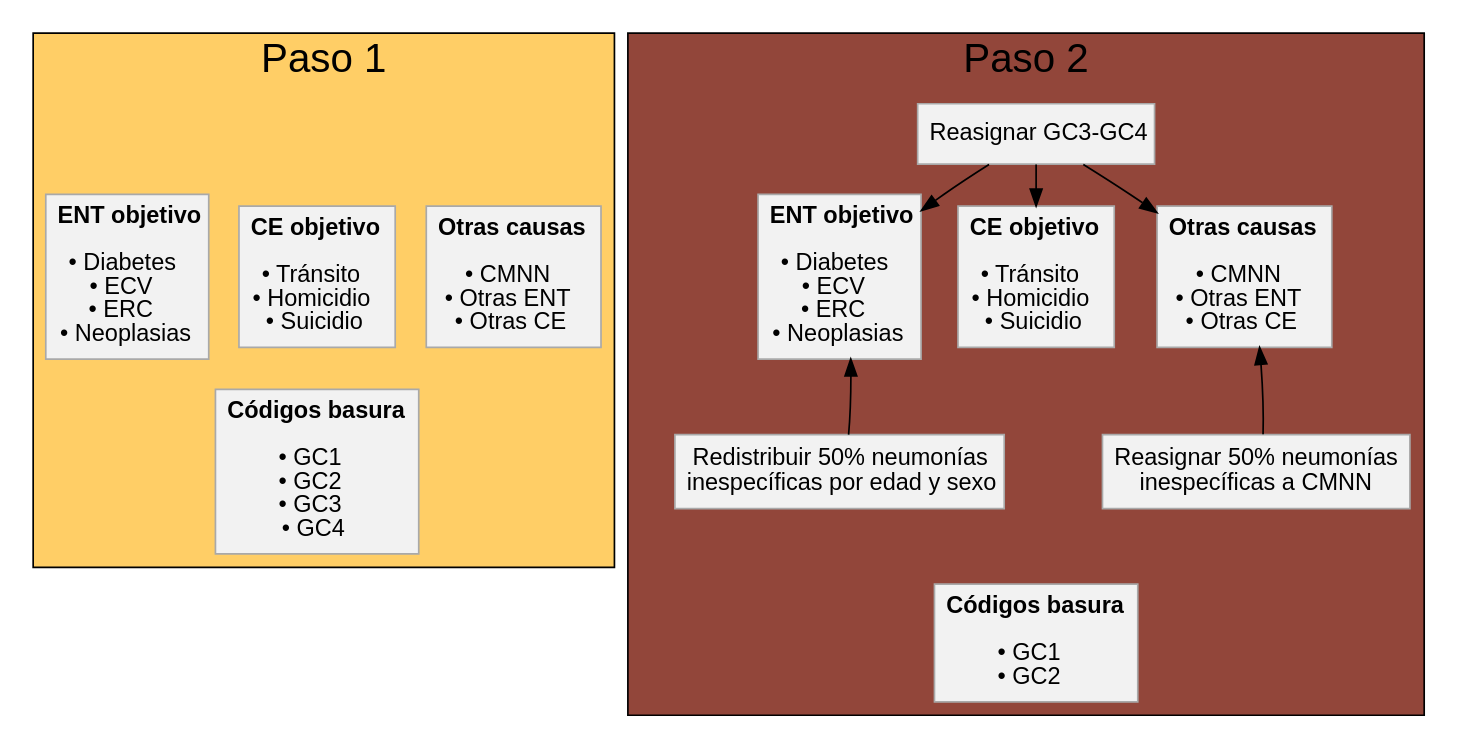
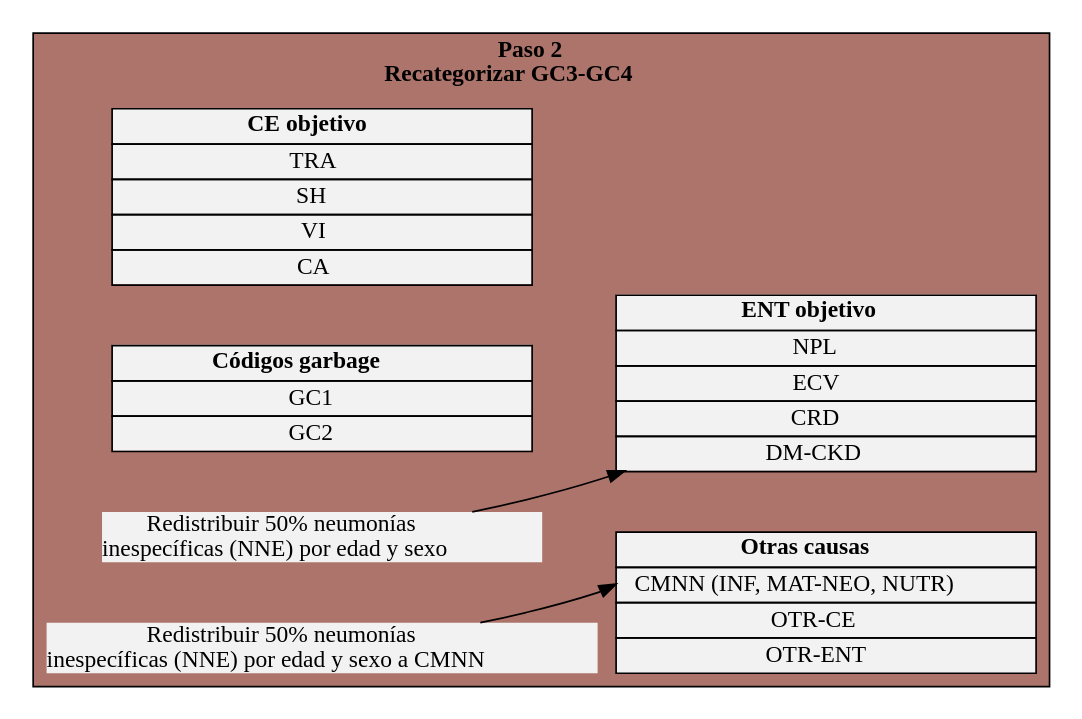
One commit to datos-ine/power_recod_GC changed the second of 4 diagrams in index.qmd. Above: the diagram before and after it, drawn with Graphviz. The commit also changed other lines of this file and 32 other files, not shown here.

````diff
--- a/index.qmd
+++ b/index.qmd
@@ -315,81 +515,107 @@
 ```{dot}
-//| id: Pasos 1 y 2
-digraph{
-    graph [
-    layout = dot,
-    rankdir=TR
-    bgcolor = white,
-    fontsize=24,    
-    fontname="Arial",
-    labelloc="t"
-    ]
+//| id: Paso 2
+digraph G {
+    rankdir=LR
+   graph[
+    fontsize = 14
+    fontname="Times-Roman"
+    style = filled
+    nodesep=.5
+    ranksep=.15
+    compound=true
+   ]
   
-    node [
-    shape = box,
+   node[
+    shape = plain
     style = filled
-    color = darkgrey,
-    fillcolor="grey95",
-    fontname="Arial",
-    margin = 0.1
-    ]
+    fillcolor="grey95"
+    fontsize = 14
+    fontname="Times-Roman"
+    width=3.25
+   ]
+   
+   subgraph cluster_paso2{    
+    fillcolor="#92463ABF"
+    label = <<b>Paso 2<br/>Recategorizar GC3-GC4</b>>
+    
+  
+  ent2[label = <
+    <table border="0" cellborder = "1" cellspacing  ="0">
+    <tr>
+    <td width="250"><b>ENT objetivo</b></td>
+    </tr>
+    <tr>
+    <td> NPL </td>
+    </tr>
+    <tr>
+    <td> ECV </td>
+    </tr>
+    <tr>
+    <td> CRD </td>
+    </tr>
+    <tr>
+    <td> DM-CKD </td>
+    </tr>
+    </table>
+    >]
+  
+    ce2[label = <
+    <table border="0" cellborder = "1" cellspacing  ="0">
+    <tr>
+    <td width="250"><b>CE objetivo</b></td>
+    </tr>
+    <tr>
+    <td> TRA </td>
+    </tr>
+    <tr>
+    <td> SH </td>
+    </tr>
+    <tr>
+    <td> VI </td>
+    </tr>
+    <tr>
+    <td> CA </td>
+    </tr>
+       </table>
+    >]
+  
+    otras2[label = <
+    <table border="0" cellborder = "1" cellspacing  ="0">
+    <tr>
+    <td width="250"><b>Otras causas</b></td>
+    </tr>
+    <tr>
+    <td port = "cmnn"> CMNN (INF, MAT-NEO, NUTR) </td>
+    </tr>
+    <tr>
+    <td> OTR-CE </td>
+    </tr>
+    <tr>
+    <td> OTR-ENT</td>
+    </tr>
+    </table>
+    >]
+  
+  gc2[label = <
+    <table border="0" cellborder = "1" cellspacing  ="0">
+    <tr>
+    <td width="250"><b>Códigos garbage</b></td>
+    </tr>
+    <tr>
+    <td> GC1 </td>
+    </tr>
+    <tr>
+    <td port="gc2"> GC2 </td>
+    </tr>
+    </table>
+    >]
+  
+   a[label=<Redistribuir 50% neumonías <br/> inespecíficas (NNE) por edad y sexo>]
 
-    // Paso 1
-    subgraph cluster1{
-      bgcolor = "#FFCE66"
-      ranksep=.5
-      label="Paso 1"
+   b[label=<Redistribuir 50% neumonías <br/> inespecíficas (NNE) por edad y sexo a CMNN>]
 
-      t1[style="invis"]
-
-      a1[label=<<b>ENT objetivo</b><br/><br/> • Diabetes <br/> • ECV <br/> • ERC <br/> • Neoplasias>]
-
-      b1[label=<<b>CE objetivo</b> <br/><br/> • Tránsito <br/> • Homicidio <br/> • Suicidio>]
-      
-      c1[label=<<b>Otras causas</b> <br/><br/> • CMNN <br/> • Otras ENT <br/> • Otras CE>]
-
-      d1[label=<<b>Códigos basura</b> <br/><br/> • GC1 <br/> • GC2 <br/> • GC3 <br/> • GC4>]
-          
-    }
-
-    // Paso 2
-    subgraph cluster2{
-    bgcolor = "#92463A"
-    ranksep=.5
-    label="Paso 2"
-
-      t2[style="invis"]
-
-      a2[label=<<b>ENT objetivo</b><br/><br/> • Diabetes <br/> • ECV <br/> • ERC <br/> • Neoplasias>]
-
-      b2[label=<<b>CE objetivo</b> <br/><br/> • Tránsito <br/> • Homicidio <br/> • Suicidio>]
-      
-      c2[label=<<b>Otras causas</b> <br/><br/> • CMNN <br/> • Otras ENT <br/> • Otras CE>]
-
-      d2[label=<<b>Códigos basura</b> <br/><br/> • GC1 <br/> • GC2 <br/>>]
-
-      e[label=<Reasignar GC3-GC4>]      
-
-      f[label=<Redistribuir 50% neumonías <br/> inespecíficas por edad y sexo>]
-
-      g[label=<Reasignar 50% neumonías <br/> inespecíficas a CMNN>]
-    
-      ## Ordenar nodos
-      { rank=min; t1 t2};
-      { rank=same; a1 b1 c1};
-      { rank=same; a2 b2 c2};
-      { rank=same; f g};
-      { rank=max; d2};
-    
-      t1 -> {a1; b1; c1} -> d1[style = invis] 
-      e  -> {a2; b2; c2}  
-      {a2; b2; c2} -> d2[style = invis]  
-      a2 -> f[style="invis"]
-      f -> a2 
-      c2 -> g[style="invis"]
-      g -> c2
-      {f; g} -> d2 [style = invis]  
-
-    
-    }
-}
+  
+  a -> ent2 
+   b -> otras2:cmnn
+   }}
 ```
````
